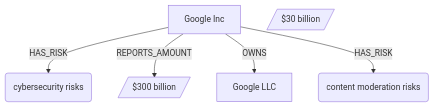
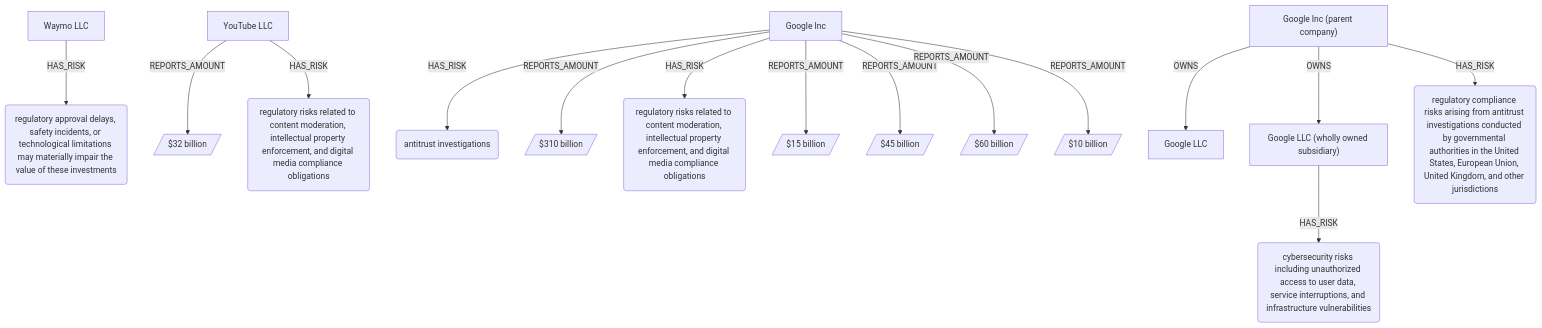
The diagram in visuals/graph.mmd (sanjaybharkatiya/financial-detective), drawn with Mermaid before and after one commit. The commit also changed 5 other files, not shown here.

```diff
--- a/visuals/graph.mmd
+++ b/visuals/graph.mmd
@@ -1,15 +1,37 @@
 flowchart TD
 
     %% Node definitions
     company_1["Google Inc"]
-    risk_1("cybersecurity risks")
-    amount_1[/"$300 billion"/]
+    risk_1("antitrust investigations")
+    amount_1[/"$310 billion"/]
     company_2["Google LLC"]
-    risk_2("content moderation risks")
-    amount_2[/"$30 billion"/]
+    risk_2("regulatory risks related to content moderation, intellectual property enforcement, and digital media compliance obligations")
+    amount_2[/"$32 billion"/]
+    company_3["Waymo LLC"]
+    risk_3("regulatory approval delays, safety incidents, or technological limitations may materially impair the value of these investments")
+    amount_3[/"$15 billion"/]
+    company_4["YouTube LLC"]
+    risk_4("regulatory risks related to content moderation, intellectual property enforcement, and digital media compliance obligations")
+    amount_4[/"$45 billion"/]
+    company_5["Google LLC (wholly owned subsidiary)"]
+    risk_5("cybersecurity risks including unauthorized access to user data, service interruptions, and infrastructure vulnerabilities")
+    amount_5[/"$60 billion"/]
+    company_6["Google Inc (parent company)"]
+    risk_6("regulatory compliance risks arising from antitrust investigations conducted by governmental authorities in the United States, European Union, United Kingdom, and other jurisdictions")
+    amount_6[/"$10 billion"/]
 
     %% Relationships
     company_1 -->|HAS_RISK| risk_1
     company_1 -->|REPORTS_AMOUNT| amount_1
-    company_1 -->|OWNS| company_2
+    company_6 -->|OWNS| company_2
     company_1 -->|HAS_RISK| risk_2
+    company_4 -->|REPORTS_AMOUNT| amount_2
+    company_3 -->|HAS_RISK| risk_3
+    company_1 -->|REPORTS_AMOUNT| amount_3
+    company_6 -->|OWNS| company_5
+    company_4 -->|HAS_RISK| risk_4
+    company_1 -->|REPORTS_AMOUNT| amount_4
+    company_5 -->|HAS_RISK| risk_5
+    company_1 -->|REPORTS_AMOUNT| amount_5
+    company_6 -->|HAS_RISK| risk_6
+    company_1 -->|REPORTS_AMOUNT| amount_6
```
